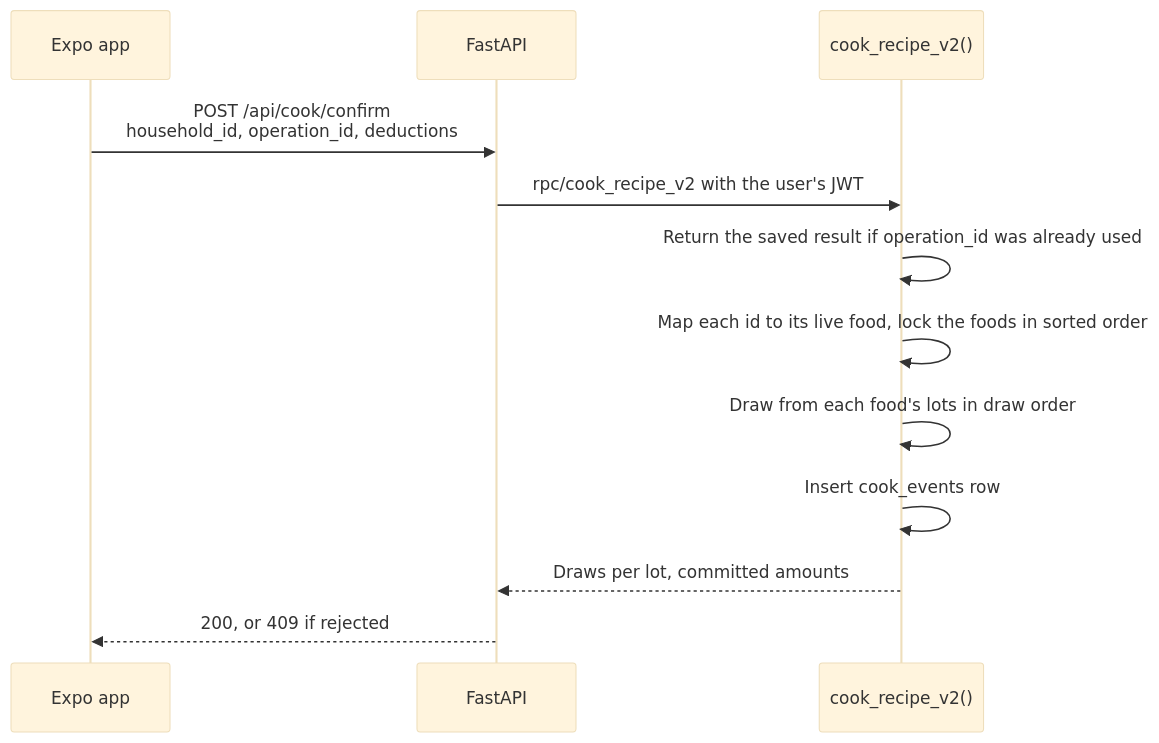
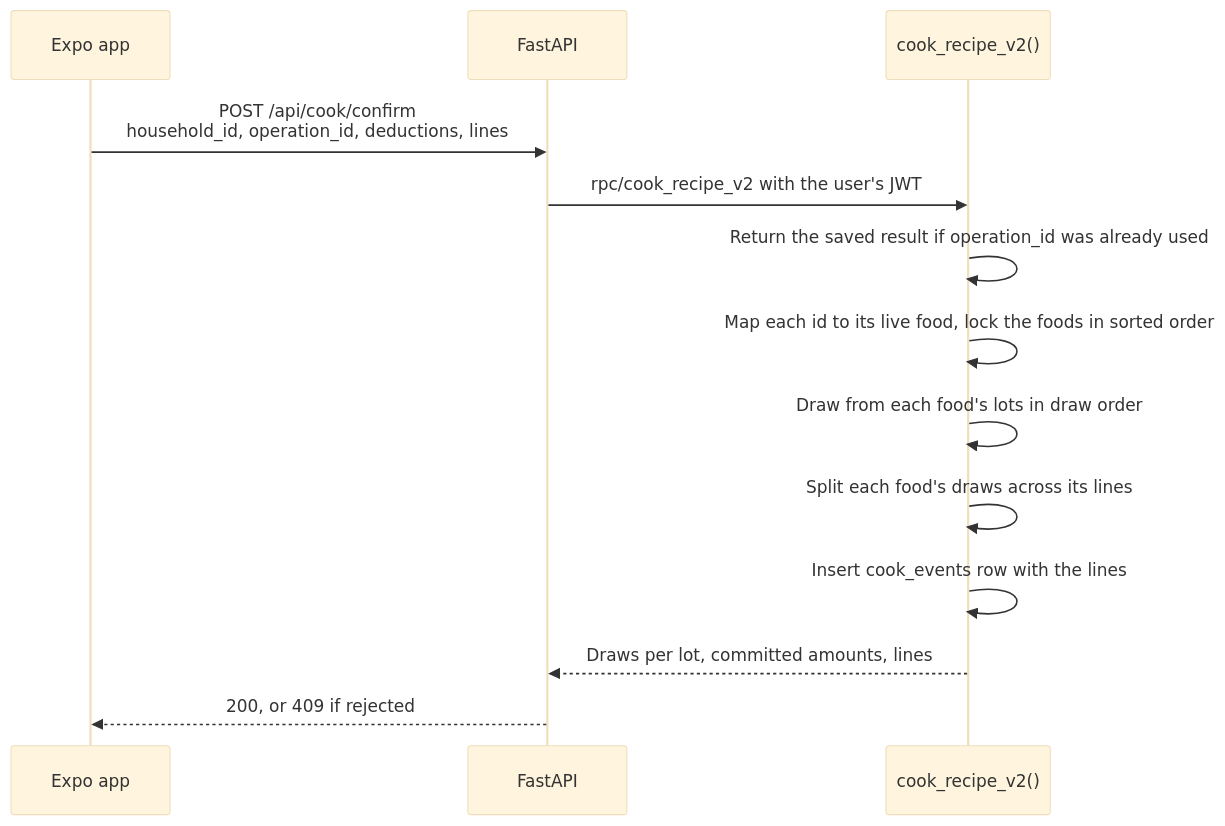
One commit to brandon-sanchez/FreshPlate changed the fifth of 5 diagrams in docs/architecture.md. Above: the diagram before and after it, drawn with Mermaid (base theme). The commit also changed other lines of this file and 5 other files, not shown here.

First line of the commit message:
feat: record each ingredient's recipe amount and draws on a cook

````diff
--- a/docs/architecture.md
+++ b/docs/architecture.md
@@ -162,15 +162,16 @@
 ```mermaid
 sequenceDiagram
 	participant App as Expo app
 	participant API as FastAPI
 	participant DB as cook_recipe_v2()
 
-	App->>API: POST /api/cook/confirm<br/>household_id, operation_id, deductions
+	App->>API: POST /api/cook/confirm<br/>household_id, operation_id, deductions, lines
 	API->>DB: rpc/cook_recipe_v2 with the user's JWT
 	DB->>DB: Return the saved result if operation_id was already used
 	DB->>DB: Map each id to its live food, lock the foods in sorted order
 	DB->>DB: Draw from each food's lots in draw order
-	DB->>DB: Insert cook_events row
-	DB-->>API: Draws per lot, committed amounts
+	DB->>DB: Split each food's draws across its lines
+	DB->>DB: Insert cook_events row with the lines
+	DB-->>API: Draws per lot, committed amounts, lines
 	API-->>App: 200, or 409 if rejected
 ```
````
